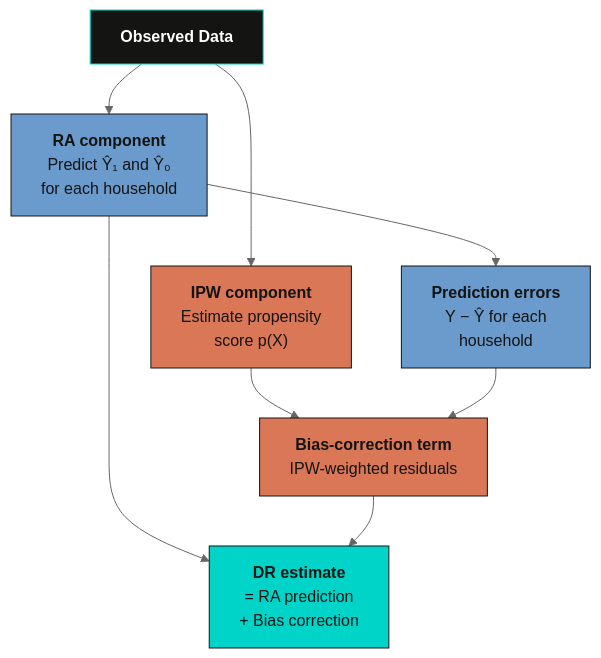
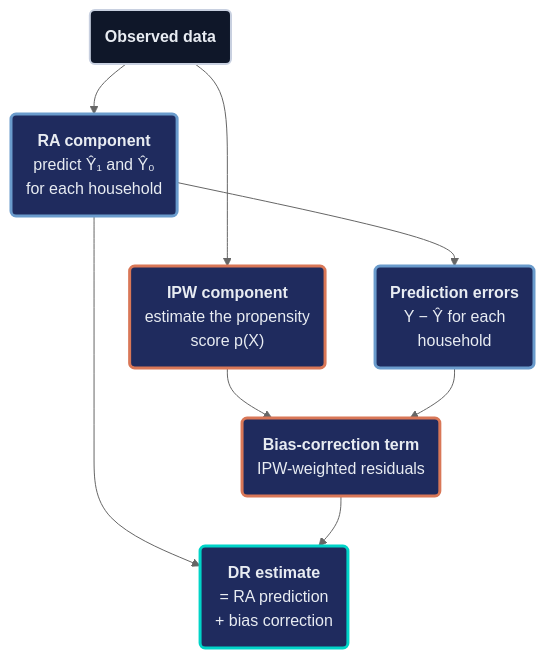
One commit to cmg777/starter-academic-v501 changed the fifth of 8 diagrams in content/post/stata_rct/index.md. Above: the diagram before and after it, drawn with Mermaid (neutral theme). The commit also changed other lines of this file and 2 other files, not shown here.

First line of the commit message:
content(mermaid): restyle flowcharts in stata_rct, python_dowhy, r_estimateW (pilot)

````diff
--- a/content/post/stata_rct/index.md
+++ b/content/post/stata_rct/index.md
@@ -720,24 +720,25 @@
 ```mermaid
 graph TD
-    DATA["<b>Observed Data</b>"]
-    RA_C["<b>RA component</b><br/>Predict Ŷ₁ and Ŷ₀<br/>for each household"]
-    IPW_C["<b>IPW component</b><br/>Estimate propensity<br/>score p(X)"]
-    RESID["<b>Prediction errors</b><br/>Y − Ŷ for each<br/>household"]
-    CORRECT["<b>Bias-correction term</b><br/>IPW-weighted residuals"]
-    DR["<b>DR estimate</b><br/>= RA prediction<br/>+ Bias correction"]
+    DATA("<b>Observed data</b>")
+    RA_C("<b>RA component</b><br/>predict Ŷ₁ and Ŷ₀<br/>for each household")
+    IPW_C("<b>IPW component</b><br/>estimate the propensity<br/>score p(X)")
+    RESID("<b>Prediction errors</b><br/>Y − Ŷ for each<br/>household")
+    CORRECT("<b>Bias-correction term</b><br/>IPW-weighted residuals")
+    DR("<b>DR estimate</b><br/>= RA prediction<br/>+ bias correction")
 
     DATA --> RA_C
     DATA --> IPW_C
     RA_C --> RESID
     IPW_C --> CORRECT
     RESID --> CORRECT
     RA_C --> DR
     CORRECT --> DR
-
-    style DATA fill:#141413,stroke:#00d4c8,color:#fff
-    style RA_C fill:#6a9bcc,stroke:#141413,color:#141413
-    style IPW_C fill:#d97757,stroke:#141413,color:#141413
-    style RESID fill:#6a9bcc,stroke:#141413,color:#141413
-    style CORRECT fill:#d97757,stroke:#141413,color:#141413
-    style DR fill:#00d4c8,stroke:#141413,color:#141413
+    classDef anchor fill:#0f1729,stroke:#c8d0e0,stroke-width:2px,color:#e8ecf2
+    classDef blue fill:#1f2b5e,stroke:#6a9bcc,stroke-width:3px,color:#e8ecf2
+    classDef orange fill:#1f2b5e,stroke:#d97757,stroke-width:3px,color:#e8ecf2
+    classDef teal fill:#1f2b5e,stroke:#00d4c8,stroke-width:3px,color:#e8ecf2
+    class DATA anchor
+    class RA_C,RESID blue
+    class IPW_C,CORRECT orange
+    class DR teal
 ```
````
